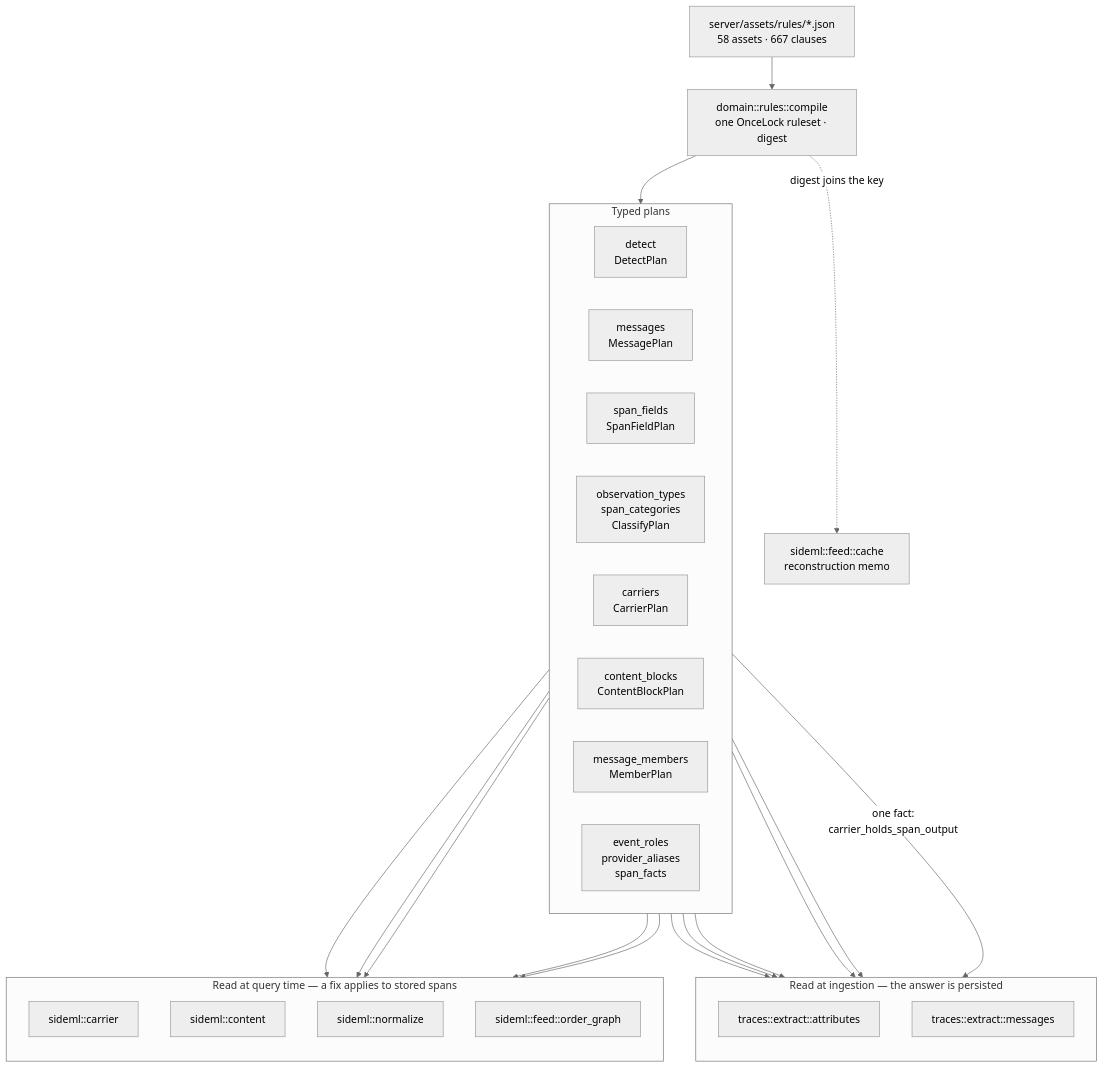
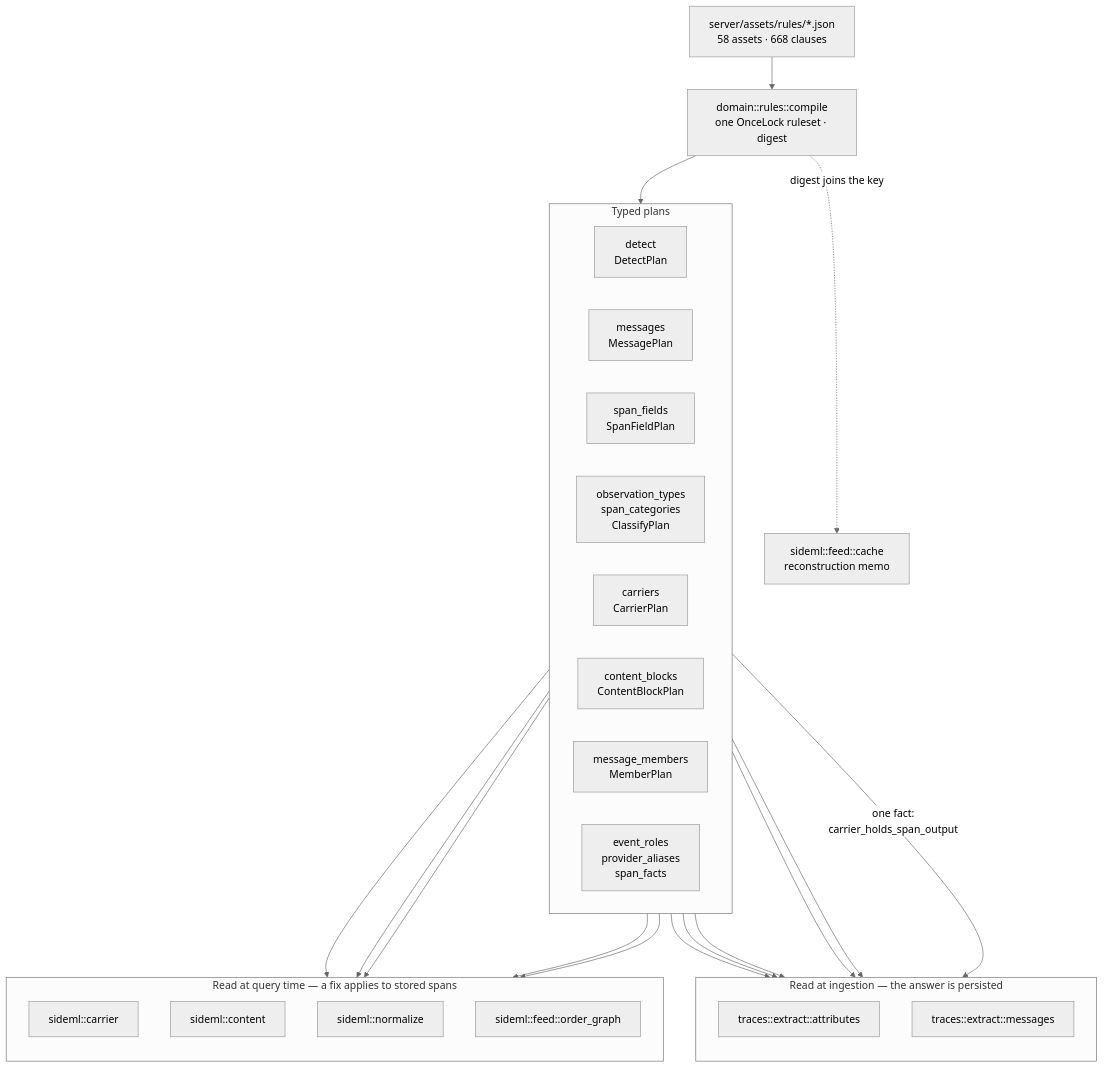
Before and after one commit to sideseat/sideseat: the first of 7 diagrams in docs/engineering/architecture-diagrams.md, drawn with Mermaid (neutral theme). The commit also changed 11 other files, not shown here.

````diff
--- a/docs/engineering/architecture-diagrams.md
+++ b/docs/engineering/architecture-diagrams.md
@@ -18,47 +18,47 @@
 ```mermaid
 flowchart TB
-    assets["server/assets/rules/*.json<br/>58 assets · 667 clauses"]
+    assets["server/assets/rules/*.json<br/>58 assets · 668 clauses"]
     compile["domain::rules::compile<br/>one OnceLock ruleset · digest"]
     assets --> compile
 
     subgraph plans["Typed plans"]
         direction LR
         detect["detect<br/>DetectPlan"]
         messages["messages<br/>MessagePlan"]
         fields["span_fields<br/>SpanFieldPlan"]
         classify["observation_types<br/>span_categories<br/>ClassifyPlan"]
         carriers["carriers<br/>CarrierPlan"]
         blocks["content_blocks<br/>ContentBlockPlan"]
         members["message_members<br/>MemberPlan"]
         roles["event_roles<br/>provider_aliases<br/>span_facts"]
     end
     compile --> plans
 
     subgraph ingest["Read at ingestion — the answer is persisted"]
         direction TB
         attrs["traces::extract::attributes"]
         msgs["traces::extract::messages"]
     end
 
     subgraph query["Read at query time — a fix applies to stored spans"]
         direction TB
         carrier["sideml::carrier"]
         content["sideml::content"]
         normalize["sideml::normalize"]
         order["sideml::feed::order_graph"]
     end
 
     detect --> attrs
     fields --> attrs
     classify --> attrs
     roles --> attrs
     messages --> msgs
     carriers -->|"one fact:<br/>carrier_holds_span_output"| msgs
     carriers --> carrier
     carriers --> order
     blocks --> content
     members --> content
     roles --> normalize
 
     compile -. "digest joins the key" .-> cache["sideml::feed::cache<br/>reconstruction memo"]
 ```
````
